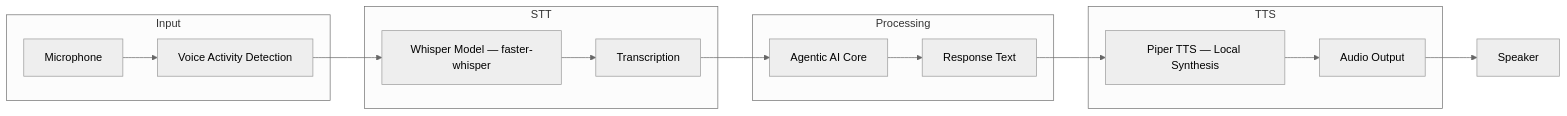
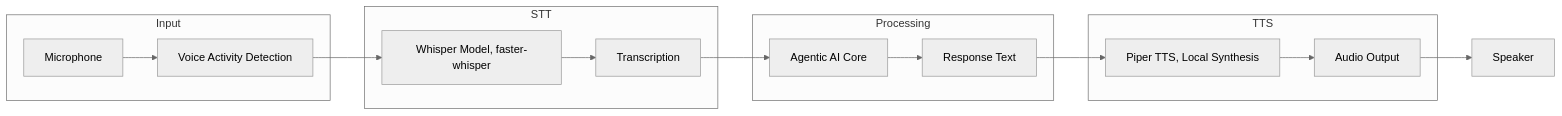
Diagram 13 of 19 in README.md (bistuwangqiyuan/Open-Sable), drawn with Mermaid (neutral theme) before and after one commit. The commit also changed other lines of this file and 8 other files, not shown here.

````diff
--- a/README.md
+++ b/README.md
@@ -1056,23 +1056,23 @@
 ```mermaid
 graph LR
     subgraph "Input"
         MIC[Microphone] --> VAD[Voice Activity Detection]
     end
     
     subgraph "STT"
-        VAD --> WHISPER[Whisper Model — faster-whisper]
+        VAD --> WHISPER[Whisper Model, faster-whisper]
         WHISPER --> TRANS[Transcription]
     end
     
     subgraph "Processing"
         TRANS --> AGENT[Agentic AI Core]
         AGENT --> RESP[Response Text]
     end
     
     subgraph "TTS"
-        RESP --> PIPER[Piper TTS — Local Synthesis]
+        RESP --> PIPER[Piper TTS, Local Synthesis]
         PIPER --> AUDIO[Audio Output]
     end
     
     AUDIO --> SPEAKER[Speaker]
 ```
````
